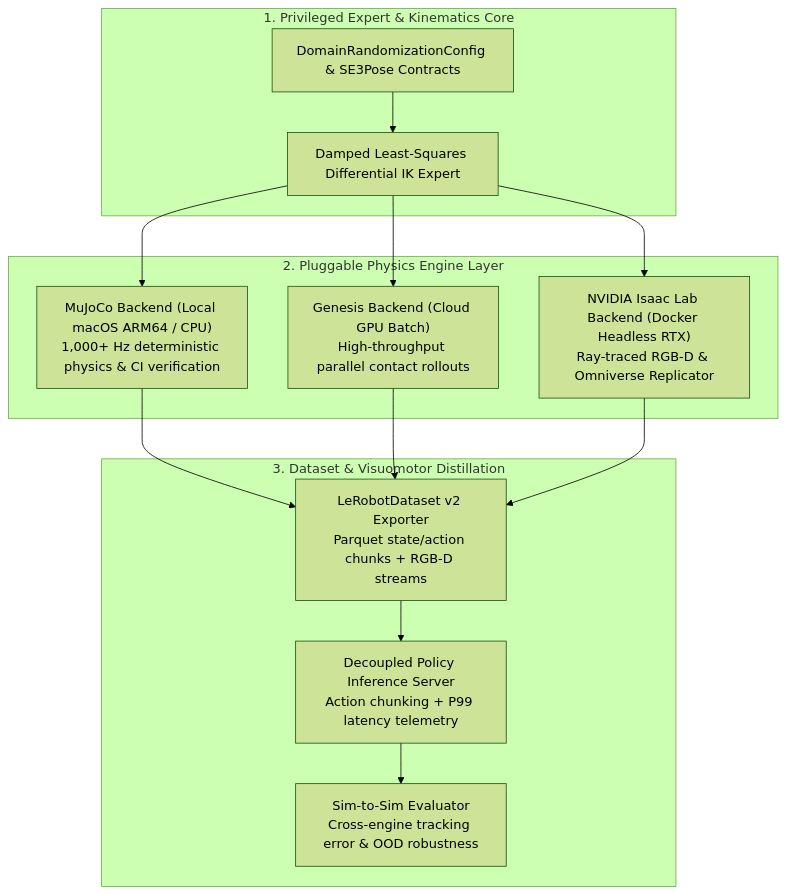
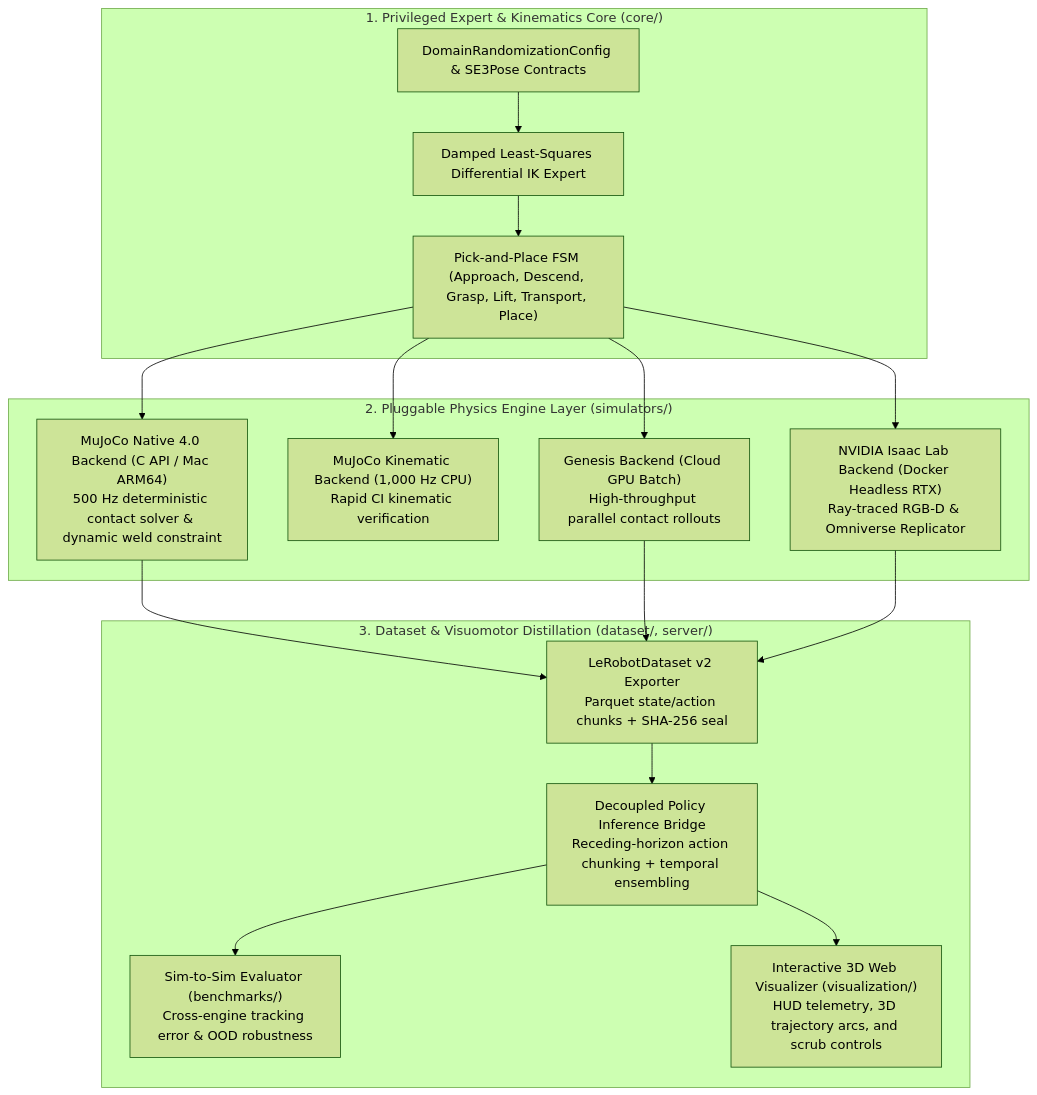
Before and after one commit to LeanoA/sim2real-data-engine: the diagram in README.md, drawn with Mermaid (forest theme). The commit also changed other lines of this file, not shown here.

Commit message:
docs(readme): update system architecture, cli reference, and native physics benchmark metrics

````diff
--- a/README.md
+++ b/README.md
@@ -25,22 +25,25 @@
 ```mermaid
 flowchart TD
-    subgraph Core["1. Privileged Expert & Kinematics Core"]
+    subgraph Core["1. Privileged Expert & Kinematics Core (core/)"]
         CFG["DomainRandomizationConfig & SE3Pose Contracts"]
         IK["Damped Least-Squares Differential IK Expert"]
-        CFG --> IK
+        FSM["Pick-and-Place FSM (Approach, Descend, Grasp, Lift, Transport, Place)"]
+        CFG --> IK --> FSM
     end
 
-    subgraph Backends["2. Pluggable Physics Engine Layer"]
-        MUJ["MuJoCo Backend (Local macOS ARM64 / CPU)<br/>1,000+ Hz deterministic physics & CI verification"]
+    subgraph Backends["2. Pluggable Physics Engine Layer (simulators/)"]
+        MUJ_NAT["MuJoCo Native 4.0 Backend (C API / Mac ARM64)<br/>500 Hz deterministic contact solver & dynamic weld constraint"]
+        MUJ_KIN["MuJoCo Kinematic Backend (1,000 Hz CPU)<br/>Rapid CI kinematic verification"]
         GEN["Genesis Backend (Cloud GPU Batch)<br/>High-throughput parallel contact rollouts"]
         ISA["NVIDIA Isaac Lab Backend (Docker Headless RTX)<br/>Ray-traced RGB-D & Omniverse Replicator"]
-        IK --> MUJ & GEN & ISA
+        FSM --> MUJ_NAT & MUJ_KIN & GEN & ISA
     end
 
-    subgraph Pipeline["3. Dataset & Visuomotor Distillation"]
-        LER["LeRobotDataset v2 Exporter<br/>Parquet state/action chunks + RGB-D streams"]
-        SRV["Decoupled Policy Inference Server<br/>Action chunking + P99 latency telemetry"]
-        S2S["Sim-to-Sim Evaluator<br/>Cross-engine tracking error & OOD robustness"]
-        MUJ & GEN & ISA --> LER --> SRV --> S2S
+    subgraph Pipeline["3. Dataset & Visuomotor Distillation (dataset/, server/)"]
+        LER["LeRobotDataset v2 Exporter<br/>Parquet state/action chunks + SHA-256 seal"]
+        SRV["Decoupled Policy Inference Bridge<br/>Receding-horizon action chunking + temporal ensembling"]
+        S2S["Sim-to-Sim Evaluator (benchmarks/)<br/>Cross-engine tracking error & OOD robustness"]
+        VIS["Interactive 3D Web Visualizer (visualization/)<br/>HUD telemetry, 3D trajectory arcs, and scrub controls"]
+        MUJ_NAT & GEN & ISA --> LER --> SRV --> S2S & VIS
     end
 ```
````
